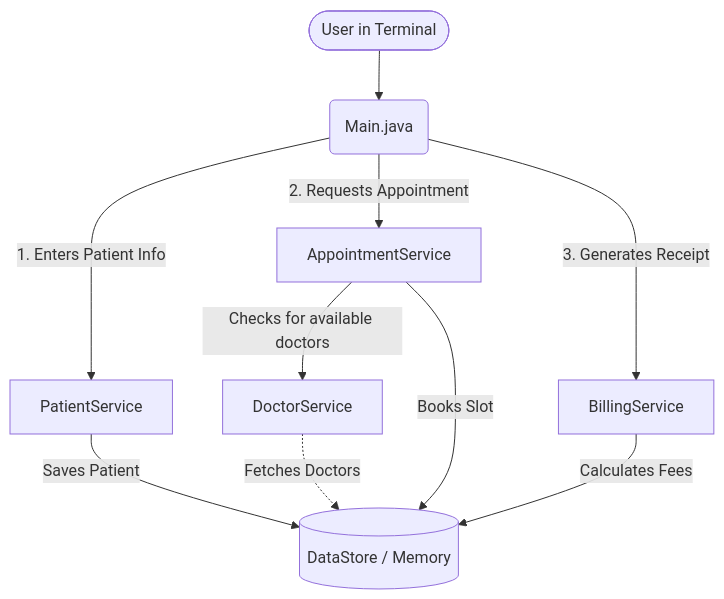
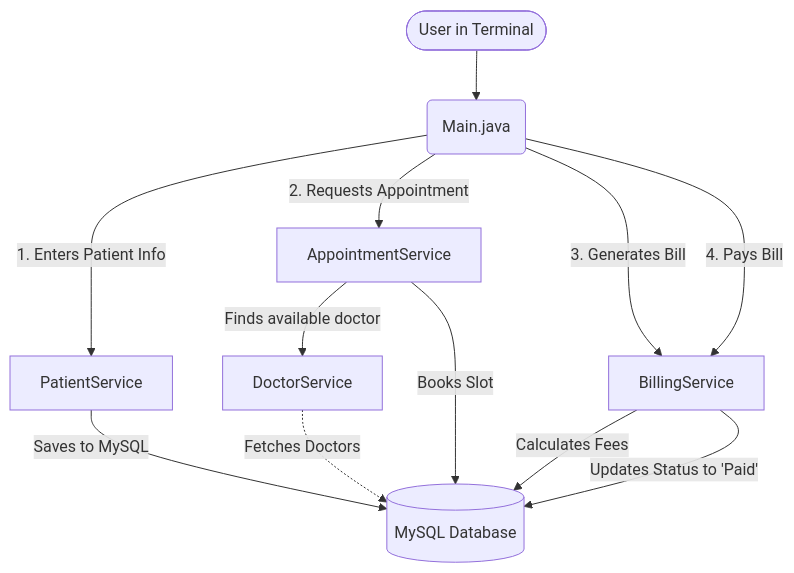
Before and after one commit to Satyam6201/Hospital-management: the diagram in README.md, drawn with Mermaid. The commit also changed other lines of this file and 12 other files, not shown here.

````diff
--- a/README.md
+++ b/README.md
@@ -13,17 +21,18 @@
 ```mermaid
 flowchart TD
     User([User in Terminal]) --> Main(Main.java)
     
     Main -->|1. Enters Patient Info| PS[PatientService]
-    PS -->|Saves Patient| DB[(DataStore / Memory)]
+    PS -->|Saves to MySQL| DB[(MySQL Database)]
     
     Main -->|2. Requests Appointment| AS[AppointmentService]
-    
-    AS -->|Checks for available doctors| DS[DoctorService]
+    AS -->|Finds available doctor| DS[DoctorService]
     DS -.->|Fetches Doctors| DB
-    
     AS -->|Books Slot| DB
     
-    Main -->|3. Generates Receipt| BS[BillingService]
+    Main -->|3. Generates Bill| BS[BillingService]
     BS -->|Calculates Fees| DB
+    
+    Main -->|4. Pays Bill| BS
+    BS -->|Updates Status to 'Paid'| DB
 ```
````
